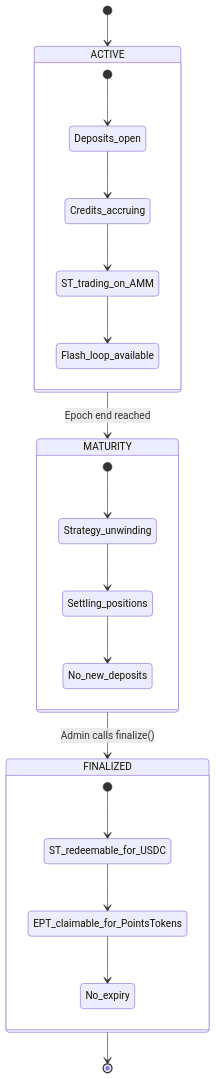
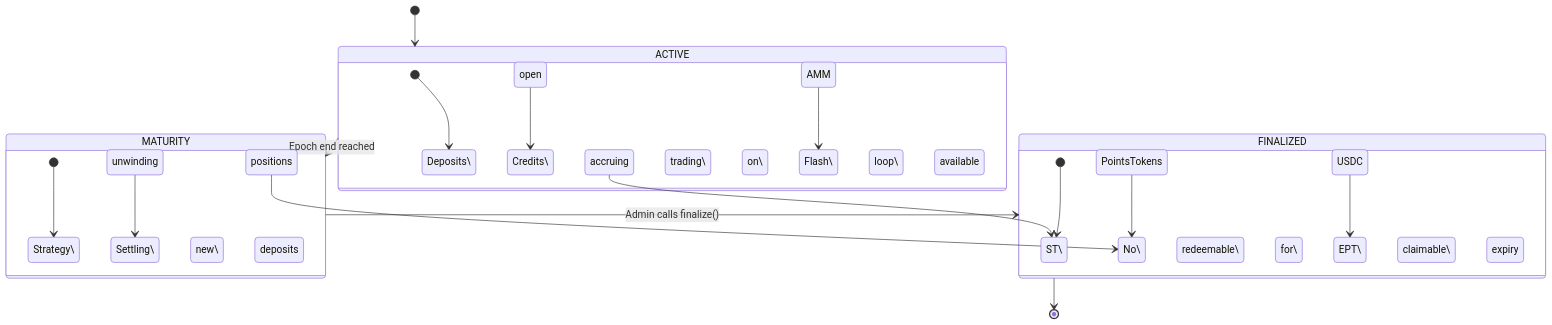
One commit to karnotxyz/docs changed the first of 3 diagrams in learn/epoch-lifecycle.mdx. Above: the diagram before and after it, drawn with Mermaid.

Commit message:
docs: fix underscores in epoch state diagram
Use escaped spaces instead of underscores for readable state names
in the mermaid stateDiagram.

````diff
--- a/learn/epoch-lifecycle.mdx
+++ b/learn/epoch-lifecycle.mdx
@@ -25,26 +25,26 @@
 ```mermaid
 stateDiagram-v2
     [*] --> ACTIVE
     ACTIVE --> MATURITY : Epoch end reached
     MATURITY --> FINALIZED : Admin calls finalize()
     FINALIZED --> [*]
 
     state ACTIVE {
-        [*] --> Deposits_open
-        Deposits_open --> Credits_accruing
-        Credits_accruing --> ST_trading_on_AMM
-        ST_trading_on_AMM --> Flash_loop_available
+        [*] --> Deposits\ open
+        Deposits\ open --> Credits\ accruing
+        Credits\ accruing --> ST\ trading\ on\ AMM
+        ST\ trading\ on\ AMM --> Flash\ loop\ available
     }
 
     state MATURITY {
-        [*] --> Strategy_unwinding
-        Strategy_unwinding --> Settling_positions
-        Settling_positions --> No_new_deposits
+        [*] --> Strategy\ unwinding
+        Strategy\ unwinding --> Settling\ positions
+        Settling\ positions --> No\ new\ deposits
     }
 
     state FINALIZED {
-        [*] --> ST_redeemable_for_USDC
-        ST_redeemable_for_USDC --> EPT_claimable_for_PointsTokens
-        EPT_claimable_for_PointsTokens --> No_expiry
+        [*] --> ST\ redeemable\ for\ USDC
+        ST\ redeemable\ for\ USDC --> EPT\ claimable\ for\ PointsTokens
+        EPT\ claimable\ for\ PointsTokens --> No\ expiry
     }
 ```
````
